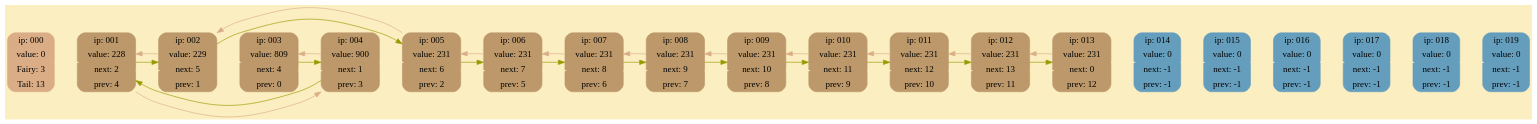
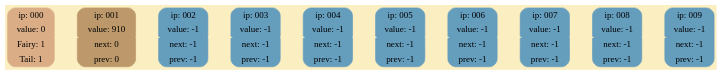
Before and after one commit to RTCupid/List: the diagram in DumpGraph.dot, drawn with Graphviz. The commit also changed 27 other files, not shown here.

```diff
--- a/DumpGraph.dot
+++ b/DumpGraph.dot
@@ -1,70 +1,26 @@
 digraph G {
 	rankdir = LR;
 	bgcolor="#FBEEC1"
-	node000 [shape=Mrecord; style=filled; color="#DAAD86"; label = "{ ip: 000}  | {value:   0} |{Fairy:   3} | {Tail:  13} " ];
-	node001 [shape=Mrecord; style=filled; color="#BC986A"; label = "{ ip: 001}  |{value: 228} |{next:   2} |{prev:   4} " ];
-	node002 [shape=Mrecord; style=filled; color="#BC986A"; label = "{ ip: 002}  |{value: 229} |{next:   5} |{prev:   1} " ];
-	node003 [shape=Mrecord; style=filled; color="#BC986A"; label = "{ ip: 003}  |{value: 809} |{next:   4} |{prev:   0} " ];
-	node004 [shape=Mrecord; style=filled; color="#BC986A"; label = "{ ip: 004}  |{value: 900} |{next:   1} |{prev:   3} " ];
-	node005 [shape=Mrecord; style=filled; color="#BC986A"; label = "{ ip: 005}  |{value: 231} |{next:   6} |{prev:   2} " ];
-	node006 [shape=Mrecord; style=filled; color="#BC986A"; label = "{ ip: 006}  |{value: 231} |{next:   7} |{prev:   5} " ];
-	node007 [shape=Mrecord; style=filled; color="#BC986A"; label = "{ ip: 007}  |{value: 231} |{next:   8} |{prev:   6} " ];
-	node008 [shape=Mrecord; style=filled; color="#BC986A"; label = "{ ip: 008}  |{value: 231} |{next:   9} |{prev:   7} " ];
-	node009 [shape=Mrecord; style=filled; color="#BC986A"; label = "{ ip: 009}  |{value: 231} |{next:  10} |{prev:   8} " ];
-	node010 [shape=Mrecord; style=filled; color="#BC986A"; label = "{ ip: 010}  |{value: 231} |{next:  11} |{prev:   9} " ];
-	node011 [shape=Mrecord; style=filled; color="#BC986A"; label = "{ ip: 011}  |{value: 231} |{next:  12} |{prev:  10} " ];
-	node012 [shape=Mrecord; style=filled; color="#BC986A"; label = "{ ip: 012}  |{value: 231} |{next:  13} |{prev:  11} " ];
-	node013 [shape=Mrecord; style=filled; color="#BC986A"; label = "{ ip: 013}  |{value: 231} |{next:   0} |{prev:  12} " ];
-	node014 [shape=Mrecord; style=filled; color="#659DBD"; label = "{ ip: 014}  |{value:   0} |{next:  -1} |{prev:  -1} " ];
-	node015 [shape=Mrecord; style=filled; color="#659DBD"; label = "{ ip: 015}  |{value:   0} |{next:  -1} |{prev:  -1} " ];
-	node016 [shape=Mrecord; style=filled; color="#659DBD"; label = "{ ip: 016}  |{value:   0} |{next:  -1} |{prev:  -1} " ];
-	node017 [shape=Mrecord; style=filled; color="#659DBD"; label = "{ ip: 017}  |{value:   0} |{next:  -1} |{prev:  -1} " ];
-	node018 [shape=Mrecord; style=filled; color="#659DBD"; label = "{ ip: 018}  |{value:   0} |{next:  -1} |{prev:  -1} " ];
-	node019 [shape=Mrecord; style=filled; color="#659DBD"; label = "{ ip: 019}  |{value:   0} |{next:  -1} |{prev:  -1} " ];
+	node000 [shape=Mrecord; style=filled; color="#DAAD86"; label = "{ ip: 000}  | {value:   0} |{Fairy:   1} | {Tail:   1} " ];
+	node001 [shape=Mrecord; style=filled; color="#BC986A"; label = "{ ip: 001}  |{value: 910} |{next:   0} |{prev:   0} " ];
+	node002 [shape=Mrecord; style=filled; color="#659DBD"; label = "{ ip: 002}  |{value:  -1} |{next:  -1} |{prev:  -1} " ];
+	node003 [shape=Mrecord; style=filled; color="#659DBD"; label = "{ ip: 003}  |{value:  -1} |{next:  -1} |{prev:  -1} " ];
+	node004 [shape=Mrecord; style=filled; color="#659DBD"; label = "{ ip: 004}  |{value:  -1} |{next:  -1} |{prev:  -1} " ];
+	node005 [shape=Mrecord; style=filled; color="#659DBD"; label = "{ ip: 005}  |{value:  -1} |{next:  -1} |{prev:  -1} " ];
+	node006 [shape=Mrecord; style=filled; color="#659DBD"; label = "{ ip: 006}  |{value:  -1} |{next:  -1} |{prev:  -1} " ];
+	node007 [shape=Mrecord; style=filled; color="#659DBD"; label = "{ ip: 007}  |{value:  -1} |{next:  -1} |{prev:  -1} " ];
+	node008 [shape=Mrecord; style=filled; color="#659DBD"; label = "{ ip: 008}  |{value:  -1} |{next:  -1} |{prev:  -1} " ];
+	node009 [shape=Mrecord; style=filled; color="#659DBD"; label = "{ ip: 009}  |{value:  -1} |{next:  -1} |{prev:  -1} " ];
 
 	node000 -> node001 [style=bold; weight=1000; color="#FBEEC1"; ];
 	node001 -> node002 [style=bold; weight=1000; color="#FBEEC1"; ];
 	node002 -> node003 [style=bold; weight=1000; color="#FBEEC1"; ];
 	node003 -> node004 [style=bold; weight=1000; color="#FBEEC1"; ];
 	node004 -> node005 [style=bold; weight=1000; color="#FBEEC1"; ];
 	node005 -> node006 [style=bold; weight=1000; color="#FBEEC1"; ];
 	node006 -> node007 [style=bold; weight=1000; color="#FBEEC1"; ];
 	node007 -> node008 [style=bold; weight=1000; color="#FBEEC1"; ];
 	node008 -> node009 [style=bold; weight=1000; color="#FBEEC1"; ];
-	node009 -> node010 [style=bold; weight=1000; color="#FBEEC1"; ];
-	node010 -> node011 [style=bold; weight=1000; color="#FBEEC1"; ];
-	node011 -> node012 [style=bold; weight=1000; color="#FBEEC1"; ];
-	node012 -> node013 [style=bold; weight=1000; color="#FBEEC1"; ];
-	node013 -> node014 [style=bold; weight=1000; color="#FBEEC1"; ];
-	node014 -> node015 [style=bold; weight=1000; color="#FBEEC1"; ];
-	node015 -> node016 [style=bold; weight=1000; color="#FBEEC1"; ];
-	node016 -> node017 [style=bold; weight=1000; color="#FBEEC1"; ];
-	node017 -> node018 [style=bold; weight=1000; color="#FBEEC1"; ];
-	node018 -> node019 [style=bold; weight=1000; color="#FBEEC1"; ];
 
-	node001 -> node002 [weight=0; color="#999900"; ];
-	node002 -> node005 [weight=0; color="#999900"; ];
-	node003 -> node004 [weight=0; color="#999900"; ];
-	node004 -> node001 [weight=0; color="#999900"; ];
-	node005 -> node006 [weight=0; color="#999900"; ];
-	node006 -> node007 [weight=0; color="#999900"; ];
-	node007 -> node008 [weight=0; color="#999900"; ];
-	node008 -> node009 [weight=0; color="#999900"; ];
-	node009 -> node010 [weight=0; color="#999900"; ];
-	node010 -> node011 [weight=0; color="#999900"; ];
-	node011 -> node012 [weight=0; color="#999900"; ];
-	node012 -> node013 [weight=0; color="#999900"; ];
 
-	node013 -> node012 [weight=0; color="#DAAD86"; constraint=false; ];
-	node012 -> node011 [weight=0; color="#DAAD86"; constraint=false; ];
-	node011 -> node010 [weight=0; color="#DAAD86"; constraint=false; ];
-	node010 -> node009 [weight=0; color="#DAAD86"; constraint=false; ];
-	node009 -> node008 [weight=0; color="#DAAD86"; constraint=false; ];
-	node008 -> node007 [weight=0; color="#DAAD86"; constraint=false; ];
-	node007 -> node006 [weight=0; color="#DAAD86"; constraint=false; ];
-	node006 -> node005 [weight=0; color="#DAAD86"; constraint=false; ];
-	node005 -> node002 [weight=0; color="#DAAD86"; constraint=false; ];
-	node004 -> node003 [weight=0; color="#DAAD86"; constraint=false; ];
-	node002 -> node001 [weight=0; color="#DAAD86"; constraint=false; ];
-	node001 -> node004 [weight=0; color="#DAAD86"; constraint=false; ];
 }
```
